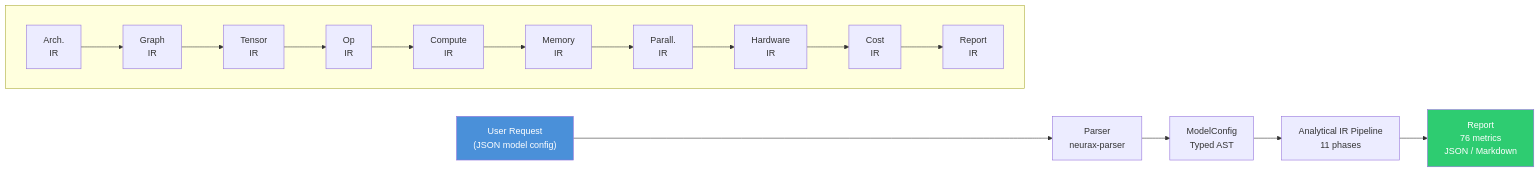
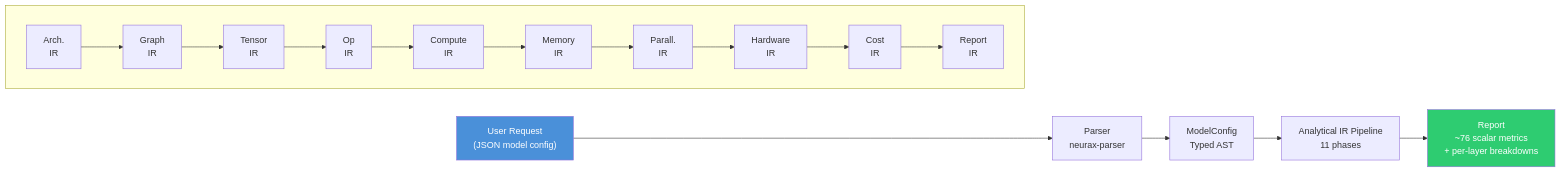
One commit to NEURAX-canvas/NEURAX changed the second of 5 diagrams in book/src/DESIGN.md. Above: the diagram before and after it, drawn with Mermaid. The commit also changed other lines of this file and 1 other file, not shown here.

````diff
--- a/book/src/DESIGN.md
+++ b/book/src/DESIGN.md
@@ -106,17 +106,17 @@
 ```mermaid
 flowchart LR
     INPUT["User Request<br/>(JSON model config)"] --> PARSER["Parser<br/>neurax-parser"]
     PARSER --> AST["ModelConfig<br/>Typed AST"]
     AST --> PIPELINE["Analytical IR Pipeline<br/>11 phases"]
 
     subgraph PIPELINE_CONTENT [" "]
         direction LR
         A["Arch.<br/>IR"] --> G["Graph<br/>IR"] --> T["Tensor<br/>IR"] --> O["Op<br/>IR"] --> C["Compute<br/>IR"]
         C --> M["Memory<br/>IR"] --> P["Parall.<br/>IR"] --> H["Hardware<br/>IR"] --> CO["Cost<br/>IR"] --> R["Report<br/>IR"]
     end
 
-    PIPELINE --> REPORT["Report<br/>76 metrics<br/>JSON / Markdown"]
+    PIPELINE --> REPORT["Report<br/>~76 scalar metrics<br/>+ per-layer breakdowns"]
 
     style INPUT fill:#4a90d9,color:#fff
     style REPORT fill:#2ecc71,color:#fff
 ```
````
